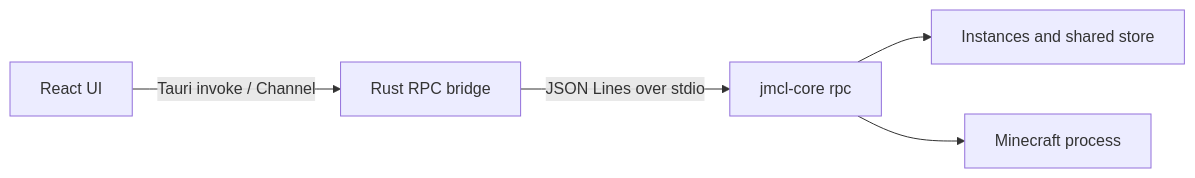
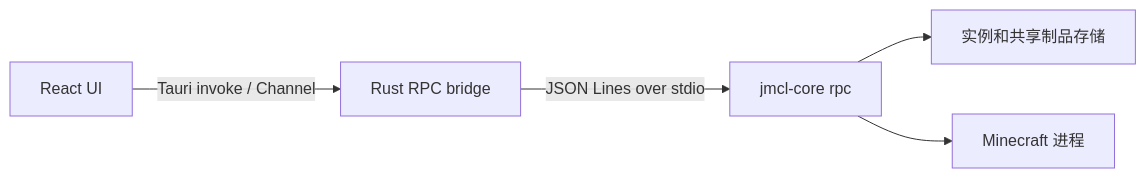
The diagram in README-zh_CN.md (678mjoe/JMCL-frontend), drawn with Mermaid before and after one commit. The commit also changed other lines of this file and 33 other files, not shown here.

````diff
--- a/README-zh_CN.md
+++ b/README-zh_CN.md
@@ -39,7 +38,7 @@
 ```mermaid
 flowchart LR
     UI[React UI] -->|Tauri invoke / Channel| Bridge[Rust RPC bridge]
     Bridge -->|JSON Lines over stdio| Core[jmcl-core rpc]
-    Core --> Files[Instances and shared store]
-    Core --> Game[Minecraft process]
+    Core --> Files[实例和共享制品存储]
+    Core --> Game[Minecraft 进程]
 ```
````
